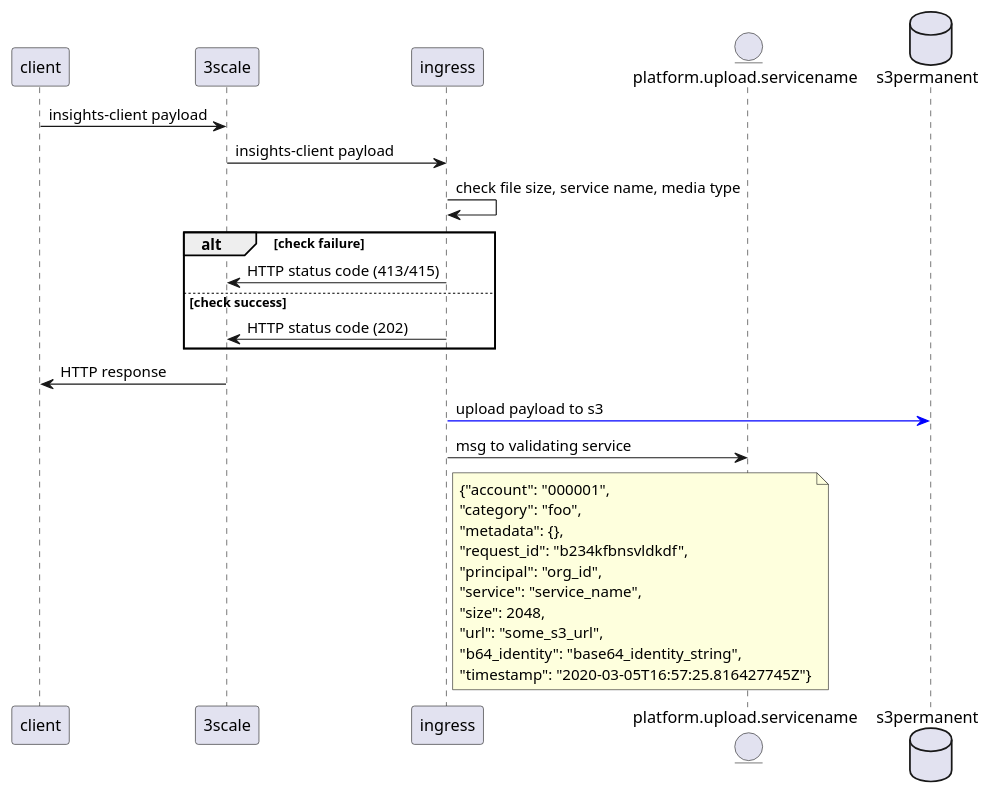
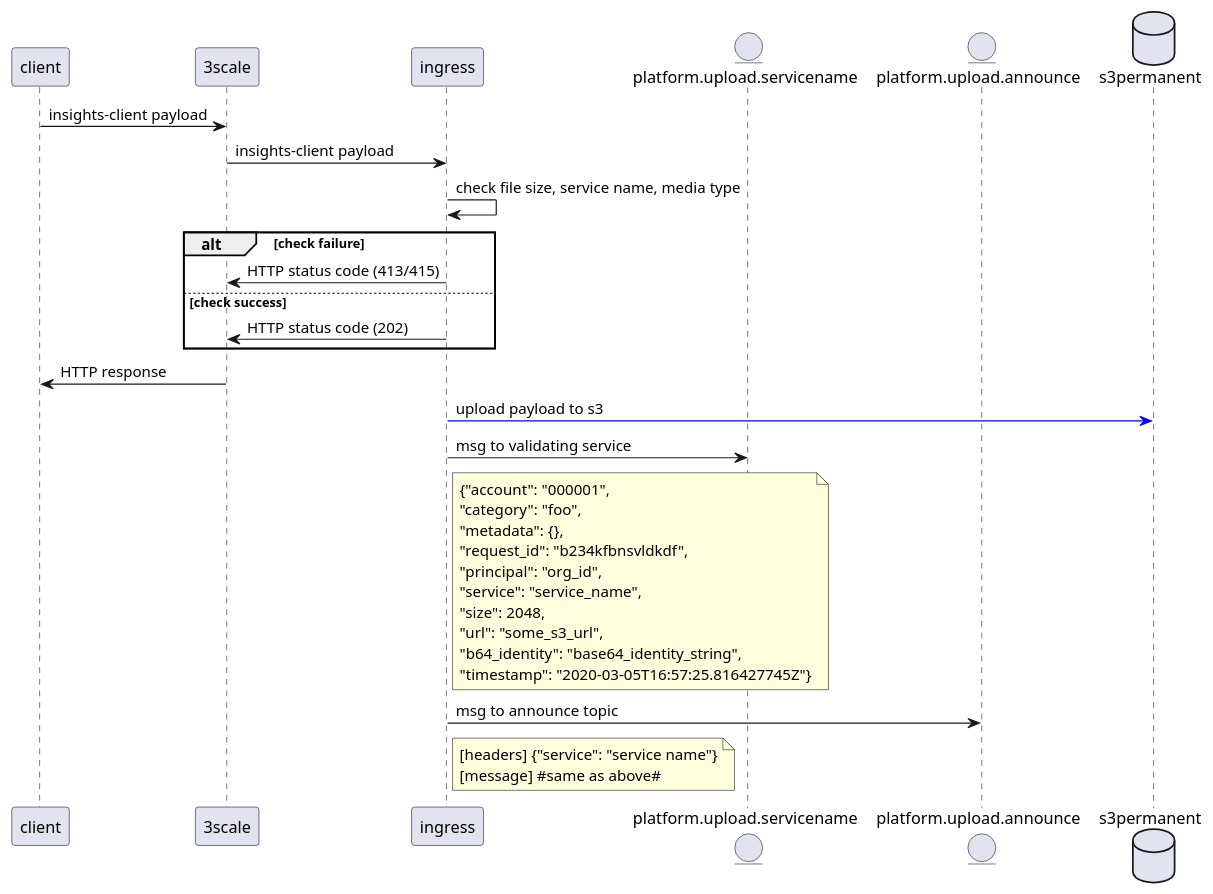
Before and after one commit to RedHatInsights/insights-ingress-go: the diagram in sequence.puml, drawn with PlantUML. The commit also changed 1 other file, not shown here.

Commit message:
docs: Add single topic production details

```diff
--- a/sequence.puml
+++ b/sequence.puml
@@ -1,19 +1,22 @@
 @startuml ingress
 participant client
 participant 3scale
 participant ingress
 entity platform.upload.servicename
+entity platform.upload.announce
 database s3permanent
 client->3scale: insights-client payload
 3scale->ingress: insights-client payload
 ingress->ingress: check file size, service name, media type
 alt check failure
     ingress->3scale: HTTP status code (413/415)
 else check success
     ingress->3scale: HTTP status code (202)
 end
 3scale->client: HTTP response
 ingress-[#blue]>s3permanent: upload payload to s3
 ingress->platform.upload.servicename: msg to validating service
 Note right of ingress: {"account": "000001",\n"category": "foo",\n"metadata": {},\n"request_id": "b234kfbnsvldkdf",\n"principal": "org_id",\n"service": "service_name",\n"size": 2048,\n"url": "some_s3_url",\n"b64_identity": "base64_identity_string",\n"timestamp": "2020-03-05T16:57:25.816427745Z"}
+ingress->platform.upload.announce: msg to announce topic
+Note right of ingress: [headers] {"service": "service name"}\n[message] #same as above#
 @enduml
```
